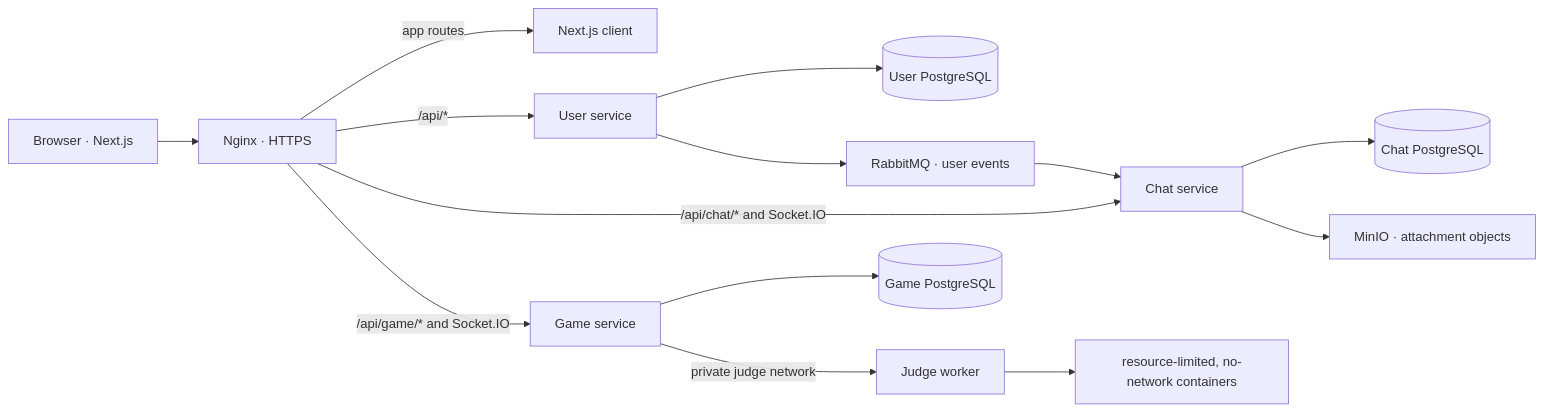
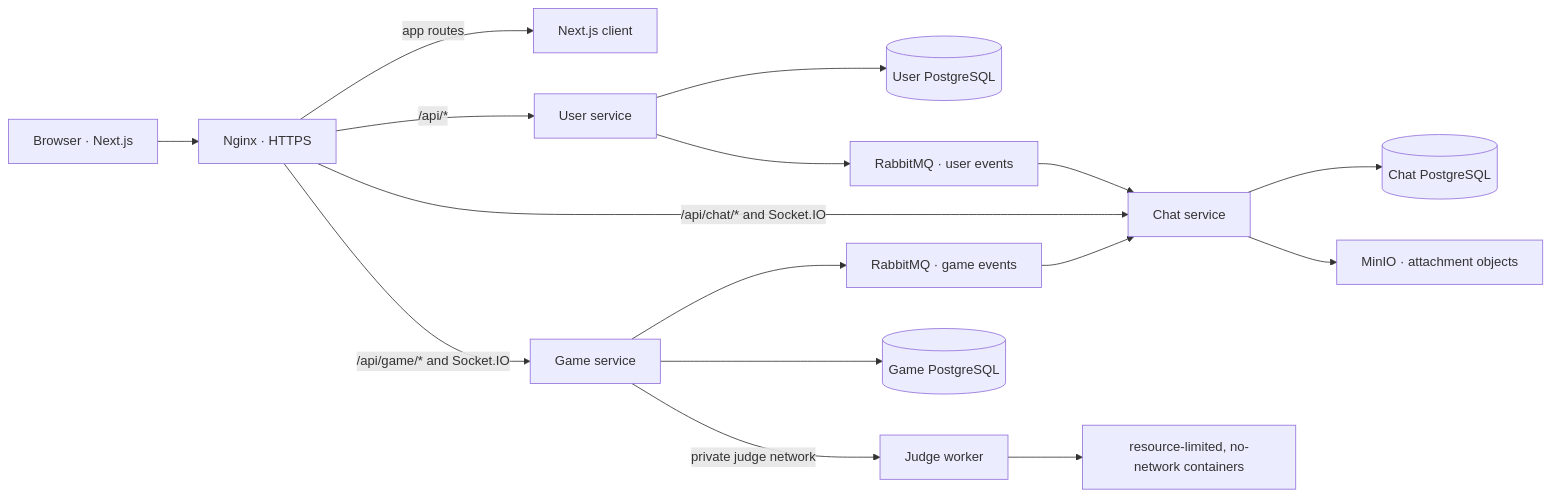
One commit to MliliGenes/ft-transcendence changed the diagram in docs/spec/code-arena-integration-spec.md. Above: the diagram before and after it, drawn with Mermaid. The commit also changed other lines of this file and 32 other files, not shown here.

````diff
--- a/docs/spec/code-arena-integration-spec.md
+++ b/docs/spec/code-arena-integration-spec.md
@@ -17,16 +19,18 @@
 ```mermaid
 flowchart LR
   Browser[Browser · Next.js] --> Nginx[Nginx · HTTPS]
   Nginx -->|app routes| Client[Next.js client]
   Nginx -->|/api/*| User[User service]
   Nginx -->|/api/chat/* and Socket.IO| Chat[Chat service]
   Nginx -->|/api/game/* and Socket.IO| Game[Game service]
   User --> UserDB[(User PostgreSQL)]
   Chat --> ChatDB[(Chat PostgreSQL)]
   User --> Events[RabbitMQ · user events]
   Events --> Chat
+  Game --> GameEvents[RabbitMQ · game events]
+  GameEvents --> Chat
   Chat --> MinIO[MinIO · attachment objects]
   Game --> GameDB[(Game PostgreSQL)]
   Game -->|private judge network| Judge[Judge worker]
   Judge --> Sandbox[resource-limited, no-network containers]
 ```
````
